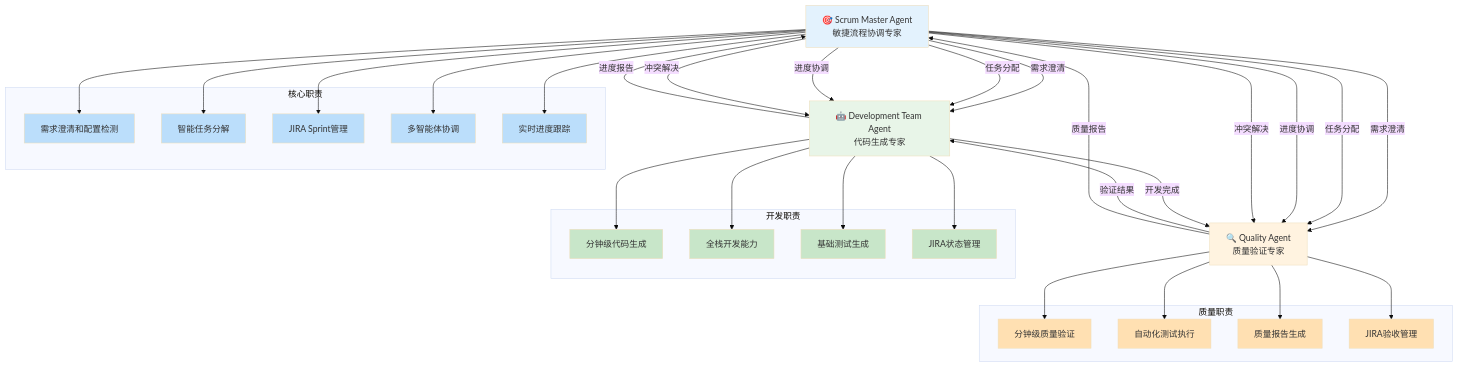
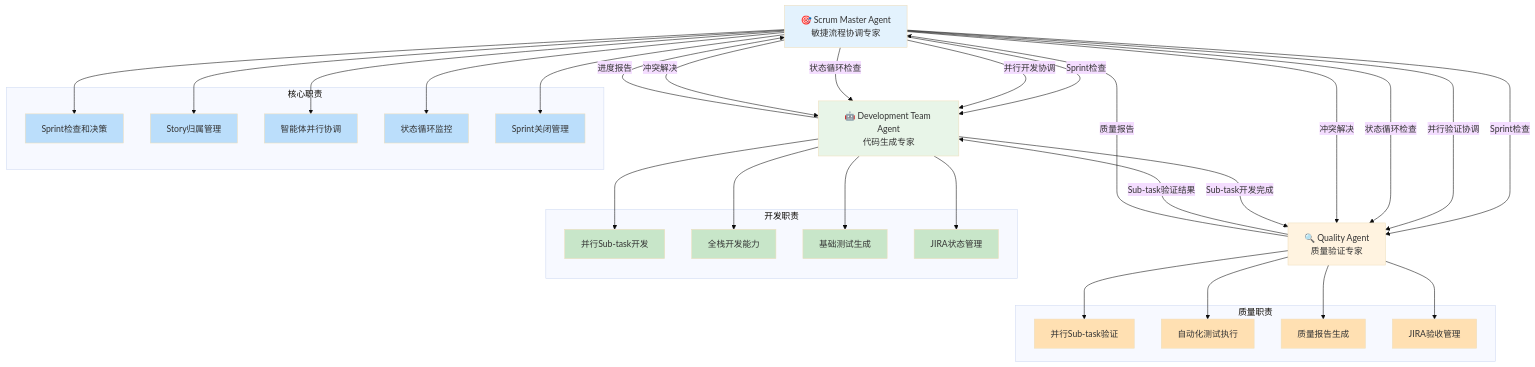
Before and after one commit to ouyangshixiong/context-engineering-zh: the diagram in plugins/agile-marketplace/sprint-plugin/agents/scrum-master-agent.md, drawn with Mermaid (base theme). The commit also changed other lines of this file and 7 other files, not shown here.

````diff
--- a/plugins/agile-marketplace/sprint-plugin/agents/scrum-master-agent.md
+++ b/plugins/agile-marketplace/sprint-plugin/agents/scrum-master-agent.md
@@ -60,75 +74,75 @@
 ```mermaid
 graph TB
     SM[🎯 Scrum Master Agent<br/>敏捷流程协调专家]
     DT[🤖 Development Team Agent<br/>代码生成专家]
     QA[🔍 Quality Agent<br/>质量验证专家]
 
-    SM -->|需求澄清| DT
-    SM -->|需求澄清| QA
-    SM -->|任务分配| DT
-    SM -->|任务分配| QA
-    SM -->|进度协调| DT
-    SM -->|进度协调| QA
+    SM -->|Sprint检查| DT
+    SM -->|Sprint检查| QA
+    SM -->|并行开发协调| DT
+    SM -->|并行验证协调| QA
+    SM -->|状态循环检查| DT
+    SM -->|状态循环检查| QA
     SM -->|冲突解决| DT
     SM -->|冲突解决| QA
 
-    DT -->|开发完成| QA
-    QA -->|验证结果| DT
+    DT -->|Sub-task开发完成| QA
+    QA -->|Sub-task验证结果| DT
     QA -->|质量报告| SM
     DT -->|进度报告| SM
 
     subgraph 核心职责
-        SM1[需求澄清和配置检测]
-        SM2[智能任务分解]
-        SM3[JIRA Sprint管理]
-        SM4[多智能体协调]
-        SM5[实时进度跟踪]
+        SM1[Sprint检查和决策]
+        SM2[Story归属管理]
+        SM3[智能体并行协调]
+        SM4[状态循环监控]
+        SM5[Sprint关闭管理]
     end
 
     subgraph 开发职责
-        DT1[分钟级代码生成]
+        DT1[并行Sub-task开发]
         DT2[全栈开发能力]
         DT3[基础测试生成]
         DT4[JIRA状态管理]
     end
 
     subgraph 质量职责
-        QA1[分钟级质量验证]
+        QA1[并行Sub-task验证]
         QA2[自动化测试执行]
         QA3[质量报告生成]
         QA4[JIRA验收管理]
     end
 
     SM --> SM1
     SM --> SM2
     SM --> SM3
     SM --> SM4
     SM --> SM5
 
     DT --> DT1
     DT --> DT2
     DT --> DT3
     DT --> DT4
 
     QA --> QA1
     QA --> QA2
     QA --> QA3
     QA --> QA4
 
     style SM fill:#e3f2fd
     style DT fill:#e8f5e8
     style QA fill:#fff3e0
     style SM1 fill:#bbdefb
     style SM2 fill:#bbdefb
     style SM3 fill:#bbdefb
     style SM4 fill:#bbdefb
     style SM5 fill:#bbdefb
     style DT1 fill:#c8e6c9
     style DT2 fill:#c8e6c9
     style DT3 fill:#c8e6c9
     style DT4 fill:#c8e6c9
     style QA1 fill:#ffe0b2
     style QA2 fill:#ffe0b2
     style QA3 fill:#ffe0b2
     style QA4 fill:#ffe0b2
 ```
````
